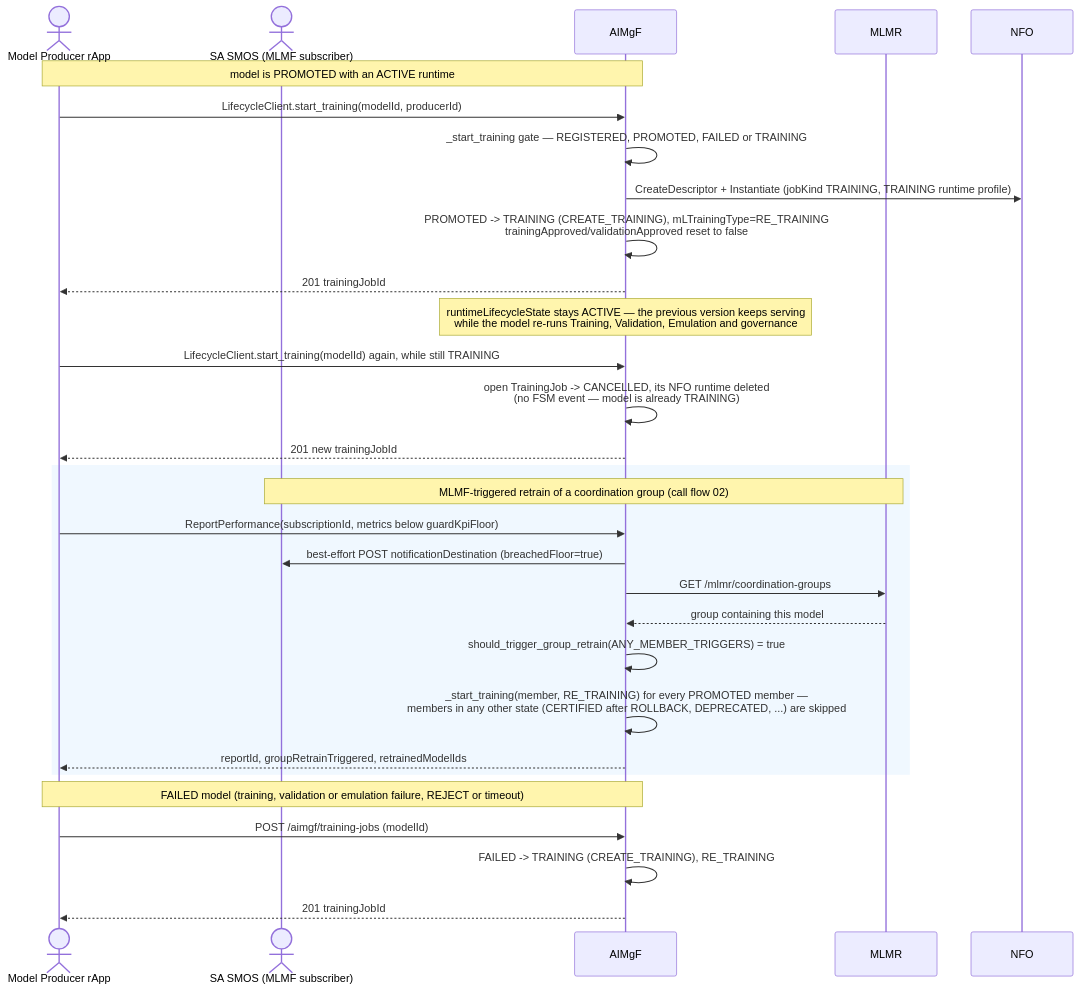
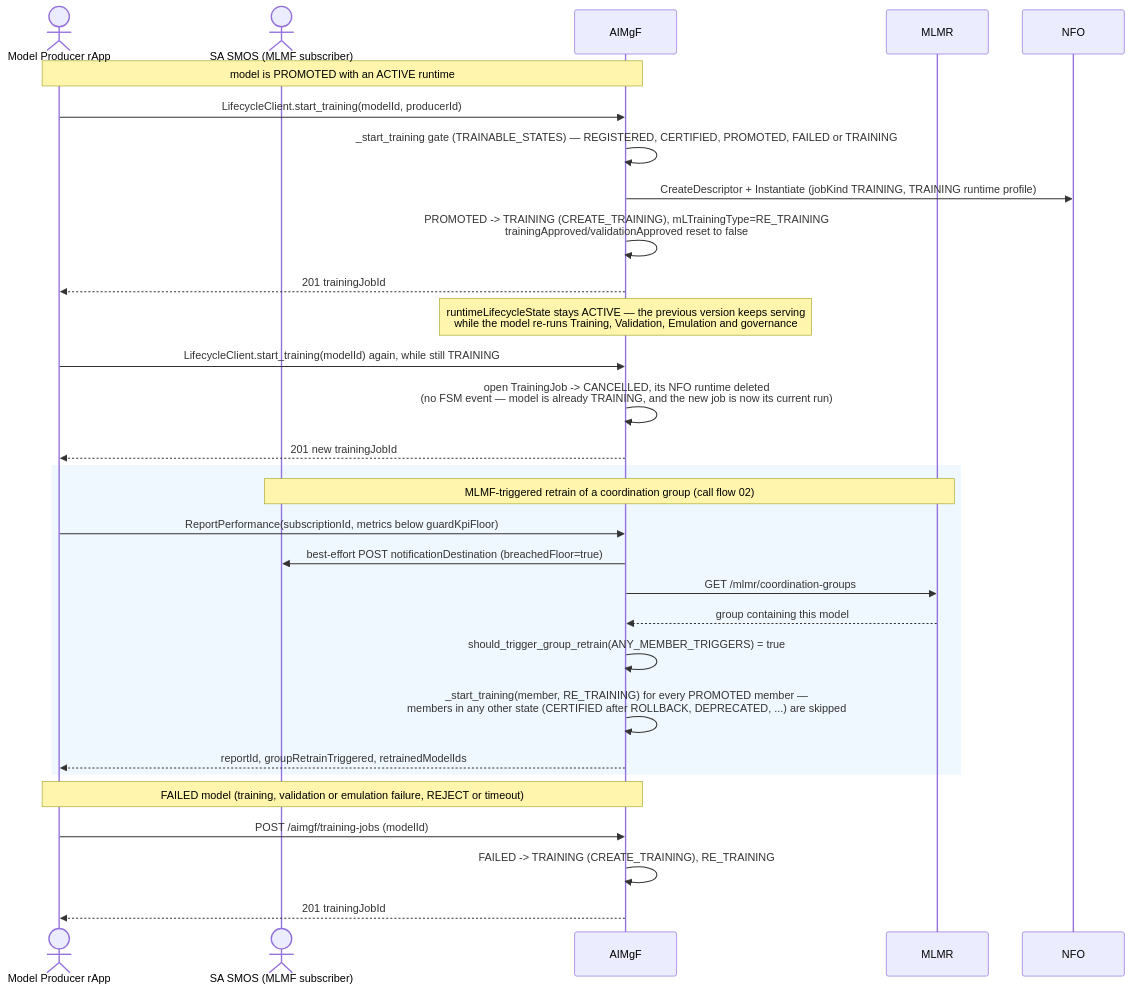
Before and after one commit to rsys-bshankar/ai-ran-ref: the fourth of 5 diagrams in smo/docs/call-flows/26-model-governance-and-end-of-life.md, drawn with Mermaid. The commit also changed other lines of this file and 46 other files, not shown here.

````diff
--- a/smo/docs/call-flows/26-model-governance-and-end-of-life.md
+++ b/smo/docs/call-flows/26-model-governance-and-end-of-life.md
@@ -179,36 +193,36 @@
 ```mermaid
 sequenceDiagram
     actor Producer as Model Producer rApp
     actor SA as SA SMOS (MLMF subscriber)
     participant AIMgF as AIMgF
     participant MLMR as MLMR
     participant NFO as NFO
 
     Note over Producer,AIMgF: model is PROMOTED with an ACTIVE runtime
     Producer->>AIMgF: LifecycleClient.start_training(modelId, producerId)
-    AIMgF->>AIMgF: _start_training gate — REGISTERED, PROMOTED, FAILED or TRAINING
+    AIMgF->>AIMgF: _start_training gate (TRAINABLE_STATES) — REGISTERED, CERTIFIED, PROMOTED, FAILED or TRAINING
     AIMgF->>NFO: CreateDescriptor + Instantiate (jobKind TRAINING, TRAINING runtime profile)
     AIMgF->>AIMgF: PROMOTED -> TRAINING (CREATE_TRAINING), mLTrainingType=RE_TRAINING<br/>trainingApproved/validationApproved reset to false
     AIMgF-->>Producer: 201 trainingJobId
     Note over AIMgF: runtimeLifecycleState stays ACTIVE — the previous version keeps serving<br/>while the model re-runs Training, Validation, Emulation and governance
 
     Producer->>AIMgF: LifecycleClient.start_training(modelId) again, while still TRAINING
-    AIMgF->>AIMgF: open TrainingJob -> CANCELLED, its NFO runtime deleted<br/>(no FSM event — model is already TRAINING)
+    AIMgF->>AIMgF: open TrainingJob -> CANCELLED, its NFO runtime deleted<br/>(no FSM event — model is already TRAINING, and the new job is now its current run)
     AIMgF-->>Producer: 201 new trainingJobId
 
     rect rgb(240, 248, 255)
     Note over SA,MLMR: MLMF-triggered retrain of a coordination group (call flow 02)
     Producer->>AIMgF: ReportPerformance(subscriptionId, metrics below guardKpiFloor)
     AIMgF->>SA: best-effort POST notificationDestination (breachedFloor=true)
     AIMgF->>MLMR: GET /mlmr/coordination-groups
     MLMR-->>AIMgF: group containing this model
     AIMgF->>AIMgF: should_trigger_group_retrain(ANY_MEMBER_TRIGGERS) = true
     AIMgF->>AIMgF: _start_training(member, RE_TRAINING) for every PROMOTED member —<br/>members in any other state (CERTIFIED after ROLLBACK, DEPRECATED, ...) are skipped
     AIMgF-->>Producer: reportId, groupRetrainTriggered, retrainedModelIds
     end
 
     Note over Producer,AIMgF: FAILED model (training, validation or emulation failure, REJECT or timeout)
     Producer->>AIMgF: POST /aimgf/training-jobs (modelId)
     AIMgF->>AIMgF: FAILED -> TRAINING (CREATE_TRAINING), RE_TRAINING
     AIMgF-->>Producer: 201 trainingJobId
 ```
````
